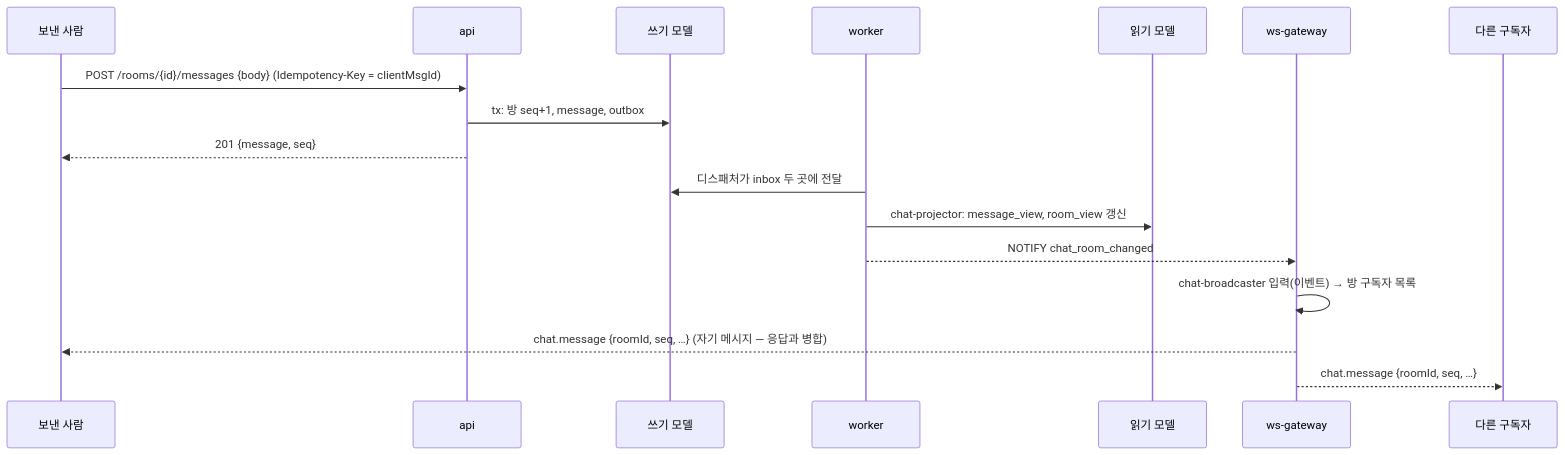
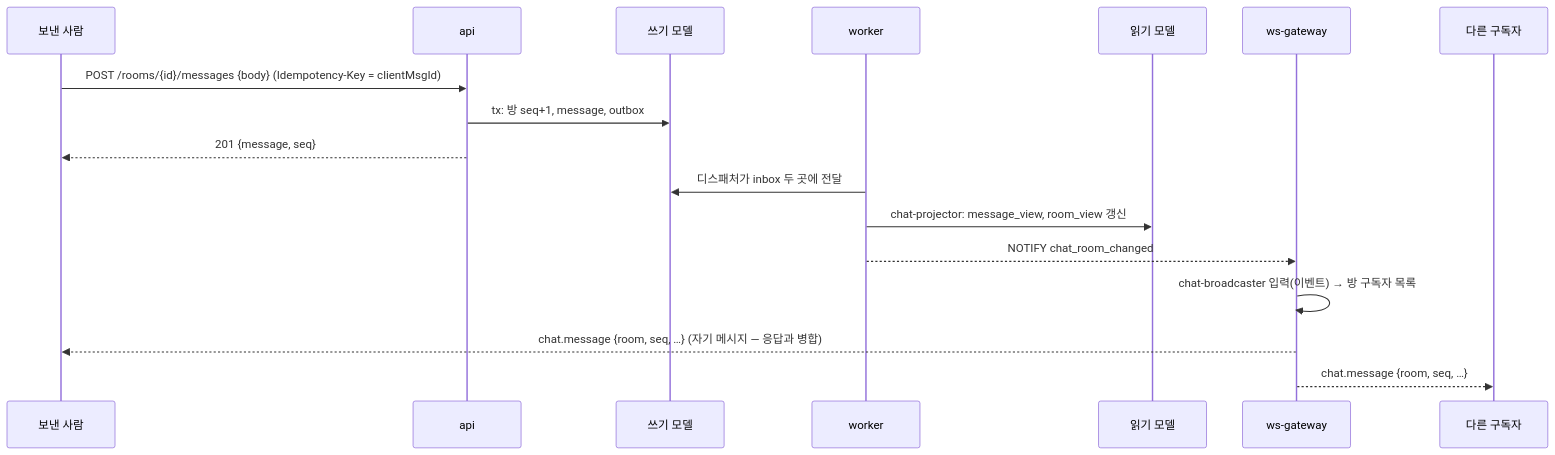
One commit to 1985jwlee/portpolio_backend changed the seventh of 14 diagrams in docs/design/phases/04-chat.md. Above: the diagram before and after it, drawn with Mermaid. The commit also changed other lines of this file and 50 other files, not shown here.

````diff
--- a/docs/design/phases/04-chat.md
+++ b/docs/design/phases/04-chat.md
@@ -365,19 +365,19 @@
 ```mermaid
 sequenceDiagram
     participant S as 보낸 사람
     participant A as api
     participant DB as 쓰기 모델
     participant W as worker
     participant R as 읽기 모델
     participant G as ws-gateway
     participant V as 다른 구독자
     S->>A: POST /rooms/{id}/messages {body} (Idempotency-Key = clientMsgId)
     A->>DB: tx: 방 seq+1, message, outbox
     A-->>S: 201 {message, seq}
     W->>DB: 디스패처가 inbox 두 곳에 전달
     W->>R: chat-projector: message_view, room_view 갱신
     W-->>G: NOTIFY chat_room_changed
     G->>G: chat-broadcaster 입력(이벤트) → 방 구독자 목록
-    G-->>S: chat.message {roomId, seq, …} (자기 메시지 — 응답과 병합)
-    G-->>V: chat.message {roomId, seq, …}
+    G-->>S: chat.message {room, seq, …} (자기 메시지 — 응답과 병합)
+    G-->>V: chat.message {room, seq, …}
 ```
````
